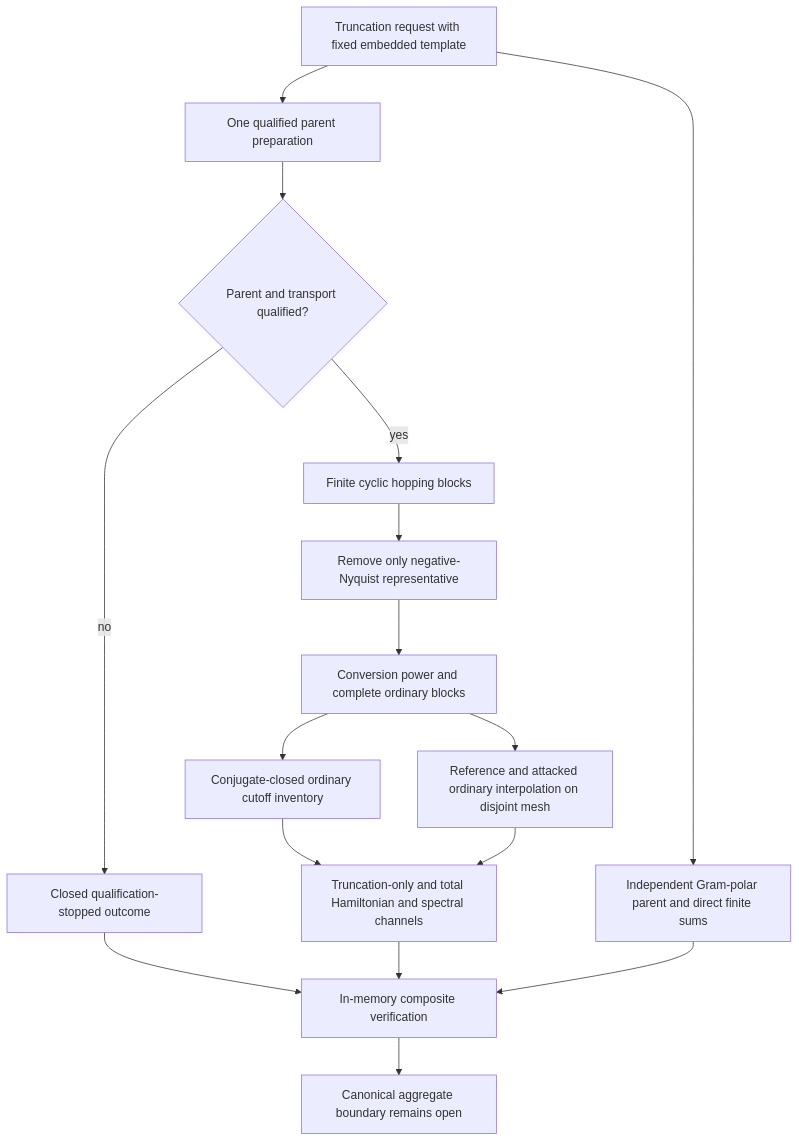
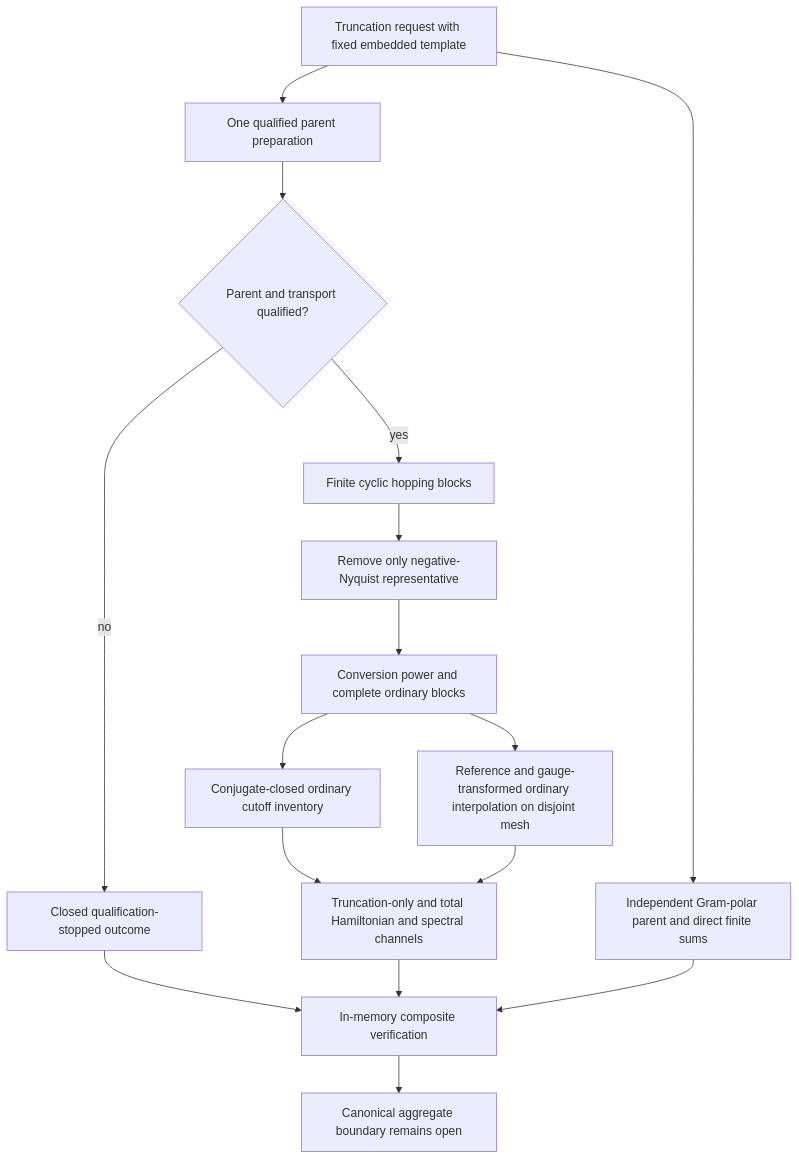
The fifth of 7 diagrams in docs/architecture/v3/ksdft2effmass/periodic1d/rank2/band_equivalence_hopping_locality/schematics.md (eragasa/ksdft2effmass), drawn with Mermaid before and after one commit. The commit also changed other lines of this file and 83 other files, not shown here.

````diff
--- a/docs/architecture/v3/ksdft2effmass/periodic1d/rank2/band_equivalence_hopping_locality/schematics.md
+++ b/docs/architecture/v3/ksdft2effmass/periodic1d/rank2/band_equivalence_hopping_locality/schematics.md
@@ -97,18 +97,18 @@
 ```mermaid
 flowchart TD
     R[Truncation request with fixed embedded template] --> P[One qualified parent preparation]
     P --> Q{Parent and transport qualified?}
     Q -- no --> QS[Closed qualification-stopped outcome]
     Q -- yes --> F[Finite cyclic hopping blocks]
     F --> N[Remove only negative-Nyquist representative]
     N --> C[Conversion power and complete ordinary blocks]
-    C --> I[Reference and attacked ordinary interpolation on disjoint mesh]
+    C --> I[Reference and gauge-transformed ordinary interpolation on disjoint mesh]
     C --> T[Conjugate-closed ordinary cutoff inventory]
     T --> E[Truncation-only and total Hamiltonian and spectral channels]
     I --> E
     R --> IR[Independent Gram-polar parent and direct finite sums]
     QS --> V[In-memory composite verification]
     E --> V
     IR --> V
     V --> OW[Canonical aggregate boundary remains open]
 ```
````
